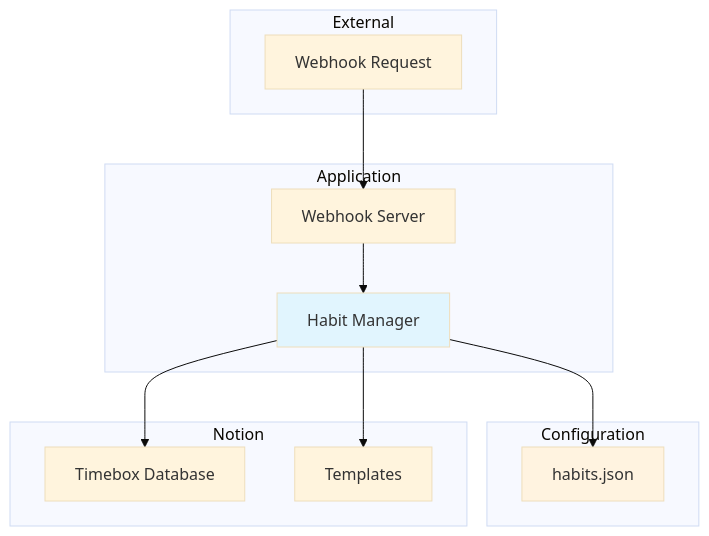
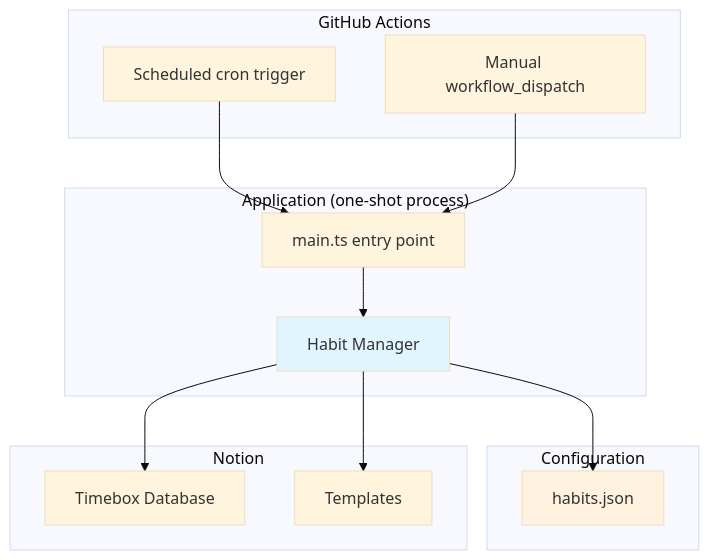
Before and after one commit to argondev22/notion-automatic-habits-insert: the diagram in .kiro/specs/template-based-habit-scheduler/design.md, drawn with Mermaid (base theme). The commit also changed other lines of this file and 3 other files, not shown here.

First line of the commit message:
docs: describe the GitHub Actions cron architecture

````diff
--- a/.kiro/specs/template-based-habit-scheduler/design.md
+++ b/.kiro/specs/template-based-habit-scheduler/design.md
@@ -17,29 +20,31 @@
 ```mermaid
 graph TB
-    subgraph "External"
-        WH[Webhook Request]
+    subgraph "GitHub Actions"
+        CRON[Scheduled cron trigger]
+        MANUAL[Manual workflow_dispatch]
     end
 
-    subgraph "Application"
-        WS[Webhook Server]
+    subgraph "Application (one-shot process)"
+        MAIN[main.ts entry point]
         HM[Habit Manager]
     end
 
     subgraph "Configuration"
         CONFIG[habits.json]
     end
 
     subgraph "Notion"
         TD[Timebox Database]
         TEMPLATES[Templates]
     end
 
-    WH --> WS
-    WS --> HM
+    CRON --> MAIN
+    MANUAL --> MAIN
+    MAIN --> HM
     HM --> CONFIG
     HM --> TD
     HM --> TEMPLATES
 
     style HM fill:#e1f5fe
     style CONFIG fill:#fff3e0
 ```
````
